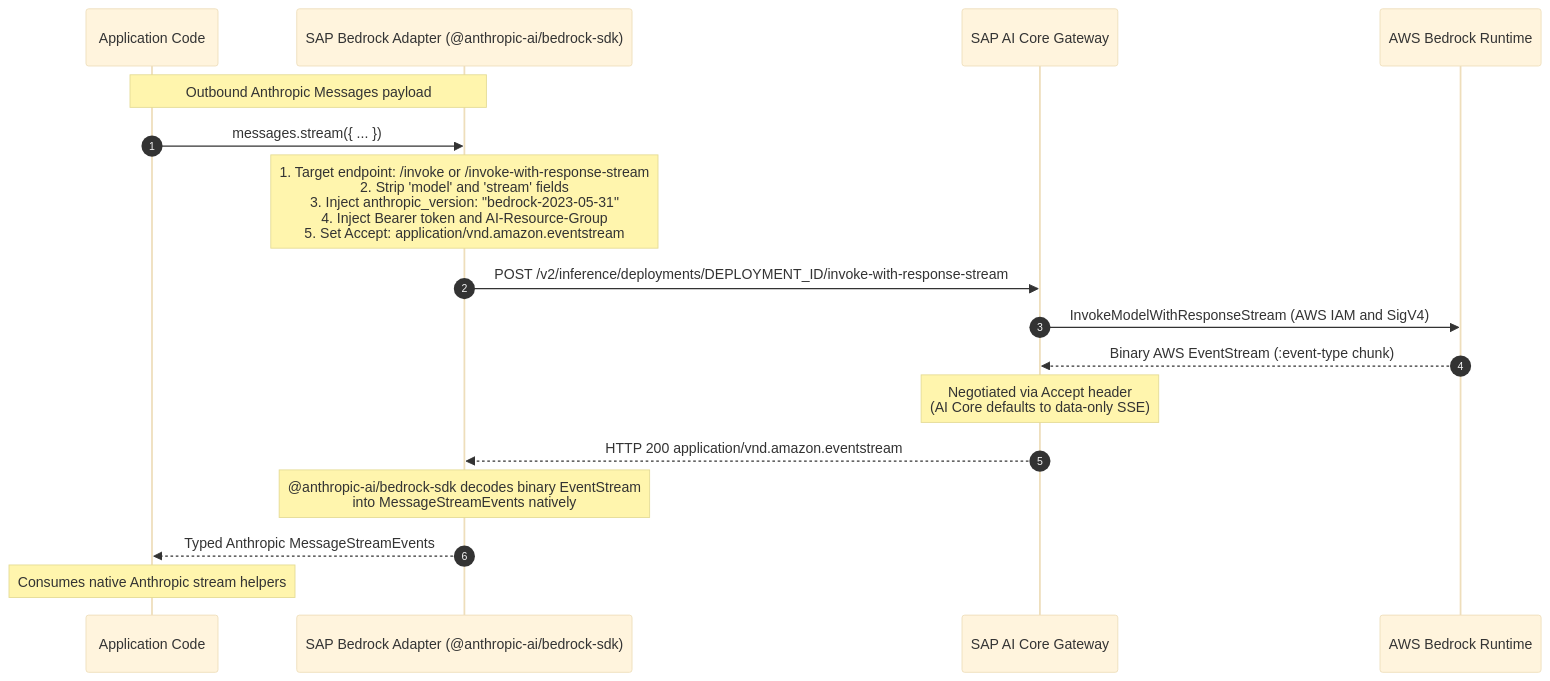
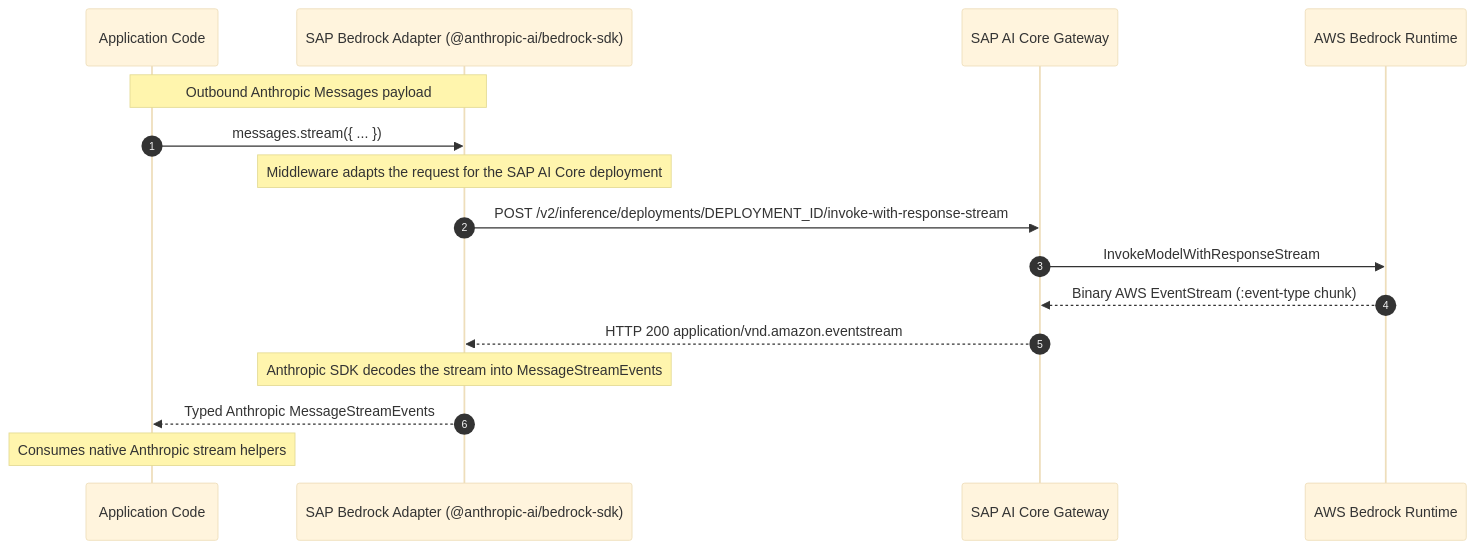
Before and after one commit to SAP/ai-sdk-js: the diagram in adr/014-aws-bedrock-foundation-models.md, drawn with Mermaid (base theme). The commit also changed other lines of this file, not shown here.

````diff
--- a/adr/014-aws-bedrock-foundation-models.md
+++ b/adr/014-aws-bedrock-foundation-models.md
@@ -76,20 +76,19 @@
 ```mermaid
 sequenceDiagram
     autonumber
     participant App as Application Code
     participant Adapter as SAP Bedrock Adapter (@anthropic-ai/bedrock-sdk)
     participant AICore as SAP AI Core Gateway
     participant Bedrock as AWS Bedrock Runtime
 
     Note over App,Adapter: Outbound Anthropic Messages payload
     App->>Adapter: messages.stream({ ... })
-    Note over Adapter: 1. Target endpoint: /invoke or /invoke-with-response-stream<br/>2. Strip 'model' and 'stream' fields<br/>3. Inject anthropic_version: "bedrock-2023-05-31"<br/>4. Inject Bearer token and AI-Resource-Group<br/>5. Set Accept: application/vnd.amazon.eventstream
+    Note over Adapter: Middleware adapts the request for the SAP AI Core deployment
     Adapter->>AICore: POST /v2/inference/deployments/DEPLOYMENT_ID/invoke-with-response-stream
-    AICore->>Bedrock: InvokeModelWithResponseStream (AWS IAM and SigV4)
+    AICore->>Bedrock: InvokeModelWithResponseStream
     Bedrock-->>AICore: Binary AWS EventStream (:event-type chunk)
-    Note over AICore: Negotiated via Accept header<br/>(AI Core defaults to data-only SSE)
     AICore-->>Adapter: HTTP 200 application/vnd.amazon.eventstream
-    Note over Adapter: @anthropic-ai/bedrock-sdk decodes binary EventStream<br/>into MessageStreamEvents natively
+    Note over Adapter: Anthropic SDK decodes the stream into MessageStreamEvents
     Adapter-->>App: Typed Anthropic MessageStreamEvents
     Note over App: Consumes native Anthropic stream helpers
 ```
````
